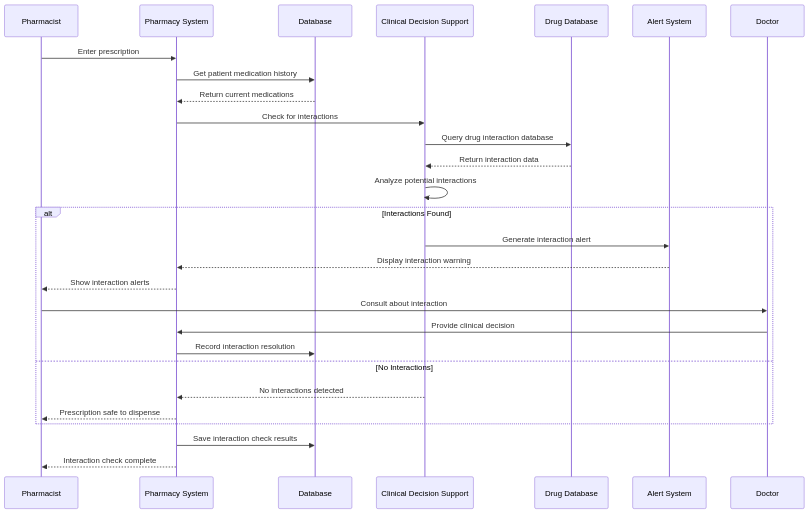
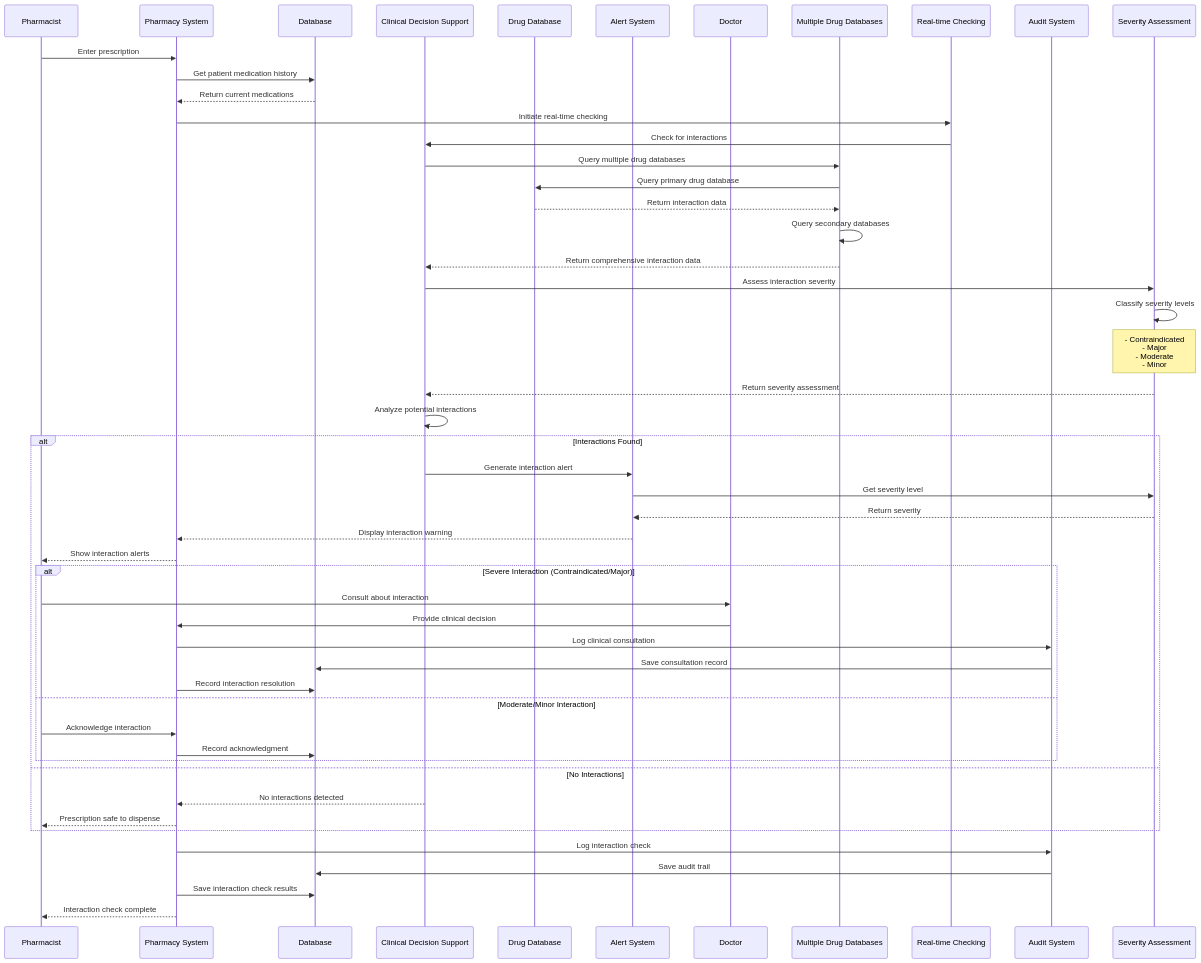
Before and after one commit to harcop/limises: the fourth of 13 diagrams in sequence-diagrams/pharmacy-management-sequence.md, drawn with Mermaid. The commit also changed other lines of this file and 16 other files, not shown here.

````diff
--- a/sequence-diagrams/pharmacy-management-sequence.md
+++ b/sequence-diagrams/pharmacy-management-sequence.md
@@ -114,31 +114,54 @@
 ```mermaid
 sequenceDiagram
     participant PHARM as Pharmacist
     participant PHARMSYS as Pharmacy System
     participant DB as Database
     participant CDSS as Clinical Decision Support
     participant DRUG as Drug Database
     participant ALERT as Alert System
     participant DR as Doctor
+    participant MULTI_DB as Multiple Drug Databases
+    participant REAL_TIME as Real-time Checking
+    participant AUDIT as Audit System
+    participant SEVERITY as Severity Assessment
 
     PHARM->>PHARMSYS: Enter prescription
     PHARMSYS->>DB: Get patient medication history
     DB-->>PHARMSYS: Return current medications
-    PHARMSYS->>CDSS: Check for interactions
-    CDSS->>DRUG: Query drug interaction database
-    DRUG-->>CDSS: Return interaction data
+    PHARMSYS->>REAL_TIME: Initiate real-time checking
+    REAL_TIME->>CDSS: Check for interactions
+    CDSS->>MULTI_DB: Query multiple drug databases
+    MULTI_DB->>DRUG: Query primary drug database
+    DRUG-->>MULTI_DB: Return interaction data
+    MULTI_DB->>MULTI_DB: Query secondary databases
+    MULTI_DB-->>CDSS: Return comprehensive interaction data
+    CDSS->>SEVERITY: Assess interaction severity
+    SEVERITY->>SEVERITY: Classify severity levels
+    Note over SEVERITY: - Contraindicated<br/>- Major<br/>- Moderate<br/>- Minor
+    SEVERITY-->>CDSS: Return severity assessment
     CDSS->>CDSS: Analyze potential interactions
     alt Interactions Found
         CDSS->>ALERT: Generate interaction alert
+        ALERT->>SEVERITY: Get severity level
+        SEVERITY-->>ALERT: Return severity
         ALERT-->>PHARMSYS: Display interaction warning
         PHARMSYS-->>PHARM: Show interaction alerts
-        PHARM->>DR: Consult about interaction
-        DR->>PHARMSYS: Provide clinical decision
-        PHARMSYS->>DB: Record interaction resolution
+        alt Severe Interaction (Contraindicated/Major)
+            PHARM->>DR: Consult about interaction
+            DR->>PHARMSYS: Provide clinical decision
+            PHARMSYS->>AUDIT: Log clinical consultation
+            AUDIT->>DB: Save consultation record
+            PHARMSYS->>DB: Record interaction resolution
+        else Moderate/Minor Interaction
+            PHARM->>PHARMSYS: Acknowledge interaction
+            PHARMSYS->>DB: Record acknowledgment
+        end
     else No Interactions
         CDSS-->>PHARMSYS: No interactions detected
         PHARMSYS-->>PHARM: Prescription safe to dispense
     end
+    PHARMSYS->>AUDIT: Log interaction check
+    AUDIT->>DB: Save audit trail
     PHARMSYS->>DB: Save interaction check results
     PHARMSYS-->>PHARM: Interaction check complete
 ```
````
